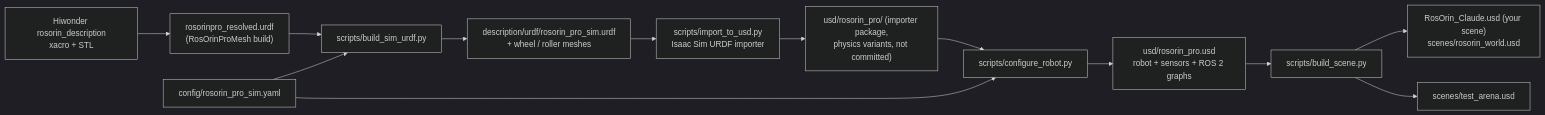
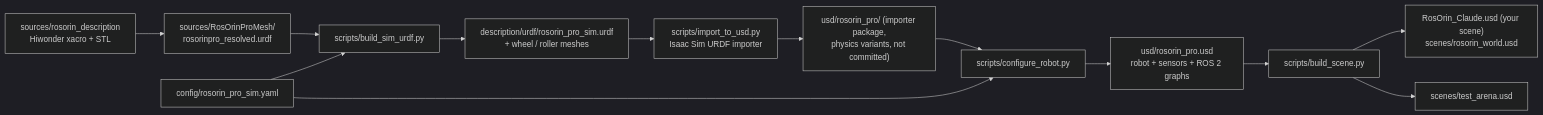
Before and after one commit to MatinEsmaeili00/RosOrinPro-IsaacSim: the first of 2 diagrams in docs/ARCHITECTURE.md, drawn with Mermaid (dark theme). The commit also changed other lines of this file and 78 other files, not shown here.

````diff
--- a/docs/ARCHITECTURE.md
+++ b/docs/ARCHITECTURE.md
@@ -5,15 +5,15 @@
 ```mermaid
 flowchart LR
-    A["Hiwonder rosorin_description<br/>xacro + STL"] --> B["rosorinpro_resolved.urdf<br/>(RosOrinProMesh build)"]
+    A["sources/rosorin_description<br/>Hiwonder xacro + STL"] --> B["sources/RosOrinProMesh/<br/>rosorinpro_resolved.urdf"]
     B --> C["scripts/build_sim_urdf.py"]
     CFG["config/rosorin_pro_sim.yaml"] --> C
     C --> D["description/urdf/rosorin_pro_sim.urdf<br/>+ wheel / roller meshes"]
     D --> E["scripts/import_to_usd.py<br/>Isaac Sim URDF importer"]
     E --> F["usd/rosorin_pro/ (importer package,<br/>physics variants, not committed)"]
     F --> G["scripts/configure_robot.py"]
     CFG --> G
     G --> H["usd/rosorin_pro.usd<br/>robot + sensors + ROS 2 graphs"]
     H --> I["scripts/build_scene.py"]
     I --> J["RosOrin_Claude.usd (your scene)<br/>scenes/rosorin_world.usd"]
     I --> K["scenes/test_arena.usd"]
 ```
````
